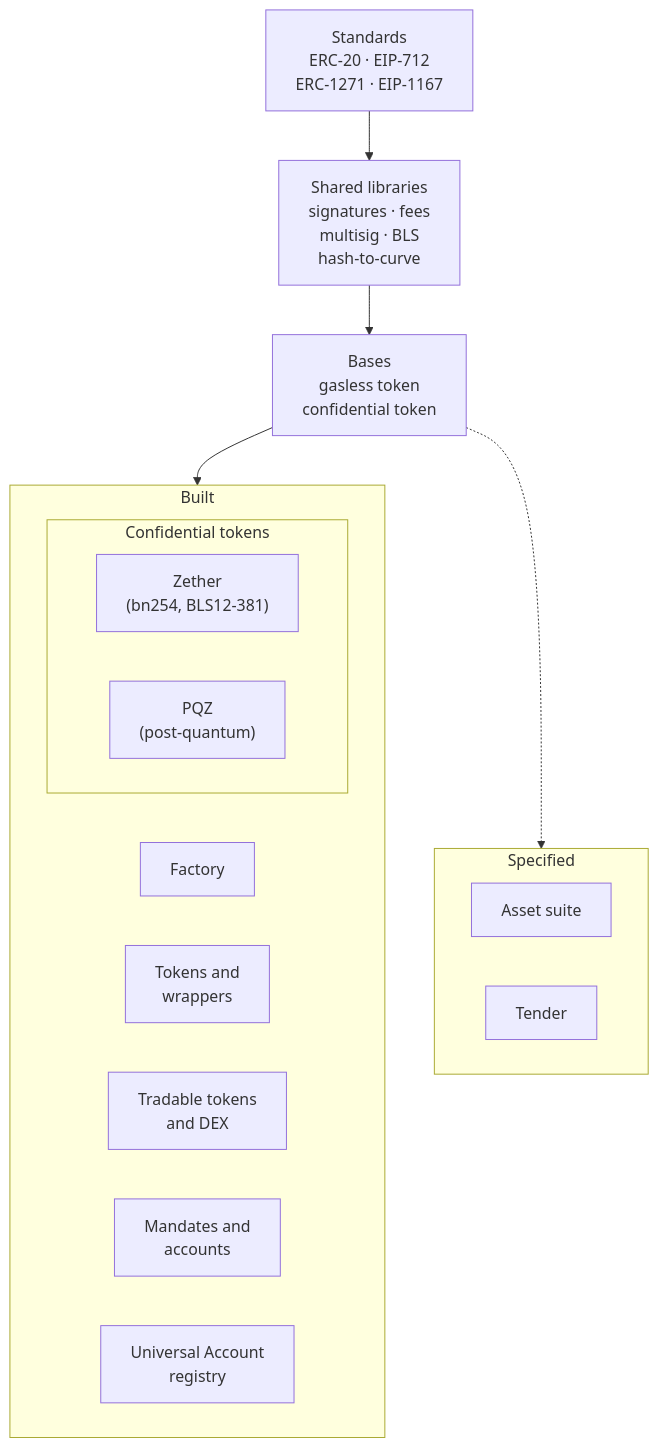
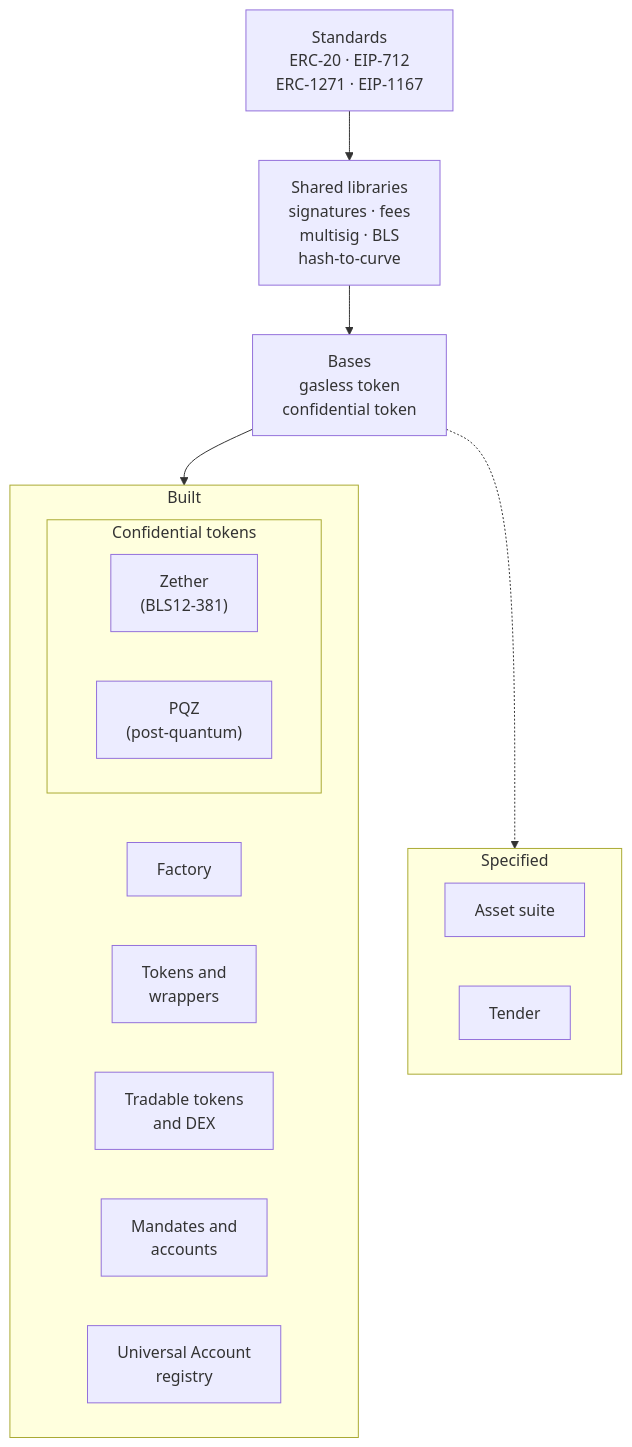
One commit to dinhduongha/scaas changed the third of 9 diagrams in README.md. Above: the diagram before and after it, drawn with Mermaid. The commit also changed other lines of this file and 4 other files, not shown here.

````diff
--- a/README.md
+++ b/README.md
@@ -241,27 +242,27 @@
 ```mermaid
 flowchart TB
     STD["Standards<br/>ERC-20 · EIP-712<br/>ERC-1271 · EIP-1167"]
     LIB["Shared libraries<br/>signatures · fees<br/>multisig · BLS<br/>hash-to-curve"]
     BASE["Bases<br/>gasless token<br/>confidential token"]
     subgraph BUILT["Built"]
         direction LR
         F["Factory"]
         T["Tokens and<br/>wrappers"]
         D["Tradable tokens<br/>and DEX"]
         A["Mandates and<br/>accounts"]
         U["Universal Account<br/>registry"]
         subgraph CONF["Confidential tokens"]
             direction LR
-            Z["Zether<br/>(bn254, BLS12-381)"]
+            Z["Zether<br/>(BLS12-381)"]
             P["PQZ<br/>(post-quantum)"]
         end
     end
     subgraph SPEC["Specified"]
         direction LR
         AS["Asset suite"]
         TD["Tender"]
     end
     STD --> LIB --> BASE
     BASE --> BUILT
     BASE -.-> SPEC
 ```
````
